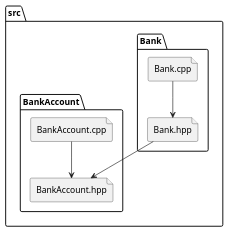
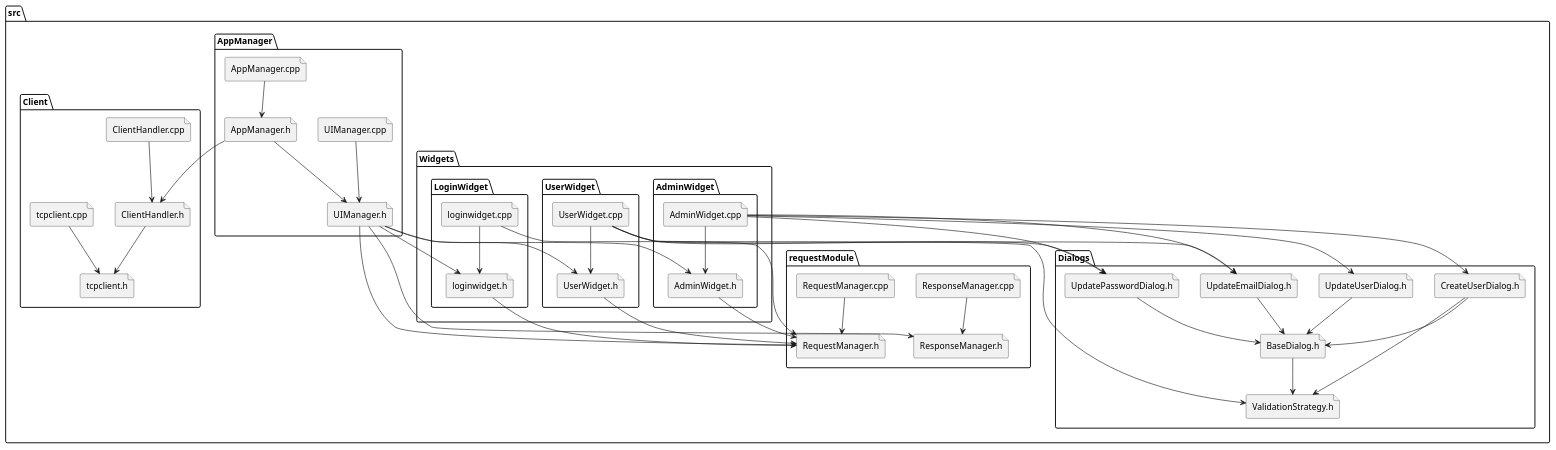
Before and after one commit to 7osssam/QT-Banking-System-Client: the diagram in docs/diagrams/include_diagram.puml, drawn with PlantUML. The commit also changed 11 other files, not shown here.

Commit message:
update system diagrams

```diff
--- a/docs/diagrams/include_diagram.puml
+++ b/docs/diagrams/include_diagram.puml
@@ -1,18 +1,81 @@
 @startuml
 folder "src" as C_0009392701334512935369 {
-folder "Bank" as C_0002394840416120061501 {
-file "Bank.cpp" as C_0000529258628623449314
-file "Bank.hpp" as C_0004959706648474708623
+folder "Widgets" as C_0014176827974556851772 {
+folder "AdminWidget" as C_0010347011073788372111 {
+file "AdminWidget.cpp" as C_0008309121906808763839
+file "AdminWidget.h" as C_0004140566297497285282
 }
-folder "BankAccount" as C_0001617240256891923844 {
-file "BankAccount.hpp" as C_0001999126956856393903
-file "BankAccount.cpp" as C_0016260587715478220546
+folder "UserWidget" as C_0009763794611585888067 {
+file "UserWidget.cpp" as C_0012950180607479447001
+file "UserWidget.h" as C_0000372268219133550912
+}
+folder "LoginWidget" as C_0013767205248218814589 {
+file "loginwidget.h" as C_0008799684567918779338
+file "loginwidget.cpp" as C_0009177402481112612119
 }
 }
-C_0000529258628623449314 --> C_0004959706648474708623
-C_0004959706648474708623 --> C_0001999126956856393903
-C_0016260587715478220546 --> C_0001999126956856393903
+folder "requestModule" as C_0007249139127462911352 {
+file "RequestManager.h" as C_0004662975987075955962
+file "ResponseManager.cpp" as C_0003243005645601454693
+file "ResponseManager.h" as C_0015076305304167085100
+file "RequestManager.cpp" as C_0015680580263724453319
+}
+folder "Dialogs" as C_0017470984763561192632 {
+file "UpdateUserDialog.h" as C_0001470670052551214060
+file "BaseDialog.h" as C_0006158485752258116163
+file "ValidationStrategy.h" as C_0011846255136749913892
+file "CreateUserDialog.h" as C_0012440556589828314473
+file "UpdateEmailDialog.h" as C_0017300576026206201541
+file "UpdatePasswordDialog.h" as C_0004730930078247147942
+}
+folder "Client" as C_0011121512235108805536 {
+file "ClientHandler.cpp" as C_0000111696680446229526
+file "ClientHandler.h" as C_0009648727152734889675
+file "tcpclient.h" as C_0010393880033178359530
+file "tcpclient.cpp" as C_0015098463031054547511
+}
+folder "AppManager" as C_0011206568869901917921 {
+file "AppManager.cpp" as C_0001125553280068348594
+file "AppManager.h" as C_0011700575639516634919
+file "UIManager.h" as C_0012805618584828466530
+file "UIManager.cpp" as C_0016387530051960150143
+}
+}
+C_0008309121906808763839 --> C_0004140566297497285282
+C_0008309121906808763839 --> C_0001470670052551214060
+C_0008309121906808763839 --> C_0012440556589828314473
+C_0008309121906808763839 --> C_0017300576026206201541
+C_0008309121906808763839 --> C_0004730930078247147942
+C_0004140566297497285282 --> C_0004662975987075955962
+C_0012950180607479447001 --> C_0000372268219133550912
+C_0012950180607479447001 --> C_0017300576026206201541
+C_0012950180607479447001 --> C_0004730930078247147942
+C_0012950180607479447001 --> C_0011846255136749913892
+C_0000372268219133550912 --> C_0004662975987075955962
+C_0008799684567918779338 --> C_0004662975987075955962
+C_0009177402481112612119 --> C_0008799684567918779338
+C_0009177402481112612119 --> C_0004662975987075955962
+C_0003243005645601454693 --> C_0015076305304167085100
+C_0015680580263724453319 --> C_0004662975987075955962
+C_0001470670052551214060 --> C_0006158485752258116163
+C_0006158485752258116163 --> C_0011846255136749913892
+C_0012440556589828314473 --> C_0006158485752258116163
+C_0012440556589828314473 --> C_0011846255136749913892
+C_0017300576026206201541 --> C_0006158485752258116163
+C_0004730930078247147942 --> C_0006158485752258116163
+C_0000111696680446229526 --> C_0009648727152734889675
+C_0009648727152734889675 --> C_0010393880033178359530
+C_0015098463031054547511 --> C_0010393880033178359530
+C_0001125553280068348594 --> C_0011700575639516634919
+C_0011700575639516634919 --> C_0012805618584828466530
+C_0011700575639516634919 --> C_0009648727152734889675
+C_0012805618584828466530 --> C_0008799684567918779338
+C_0012805618584828466530 --> C_0004140566297497285282
+C_0012805618584828466530 --> C_0000372268219133550912
+C_0012805618584828466530 --> C_0004662975987075955962
+C_0012805618584828466530 --> C_0015076305304167085100
+C_0016387530051960150143 --> C_0012805618584828466530
 
 'Generated with clang-uml, version 0.5.3
 'LLVM version clang version 18.1.1 (https://github.com/llvm/llvm-project.git dba2a75e9c7ef81fe84774ba5eee5e67e01d801a)
 @enduml
```
